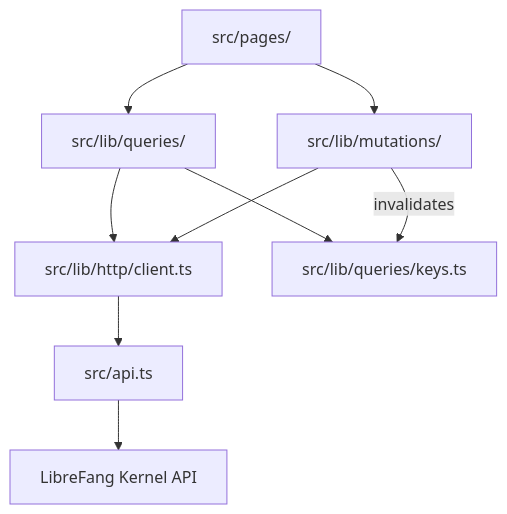
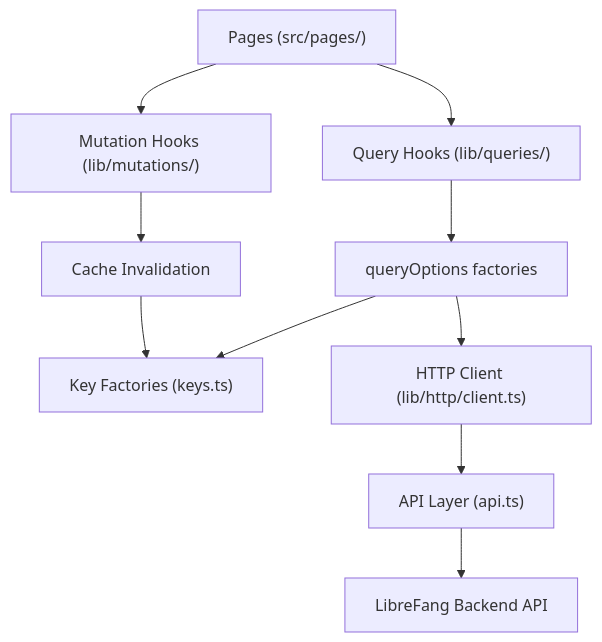
The diagram in other-librefang-api-dashboard.md (leszek3737/librefang-WIki), drawn with Mermaid before and after one commit. The commit also changed other lines of this file and 98 other files, not shown here.

````diff
--- a/other-librefang-api-dashboard.md
+++ b/other-librefang-api-dashboard.md
@@ -9,11 +13,12 @@
 ```mermaid
 graph TD
-    Pages["src/pages/"] --> QueryHooks["src/lib/queries/"]
-    Pages --> MutationHooks["src/lib/mutations/"]
-    QueryHooks --> HttpClient["src/lib/http/client.ts"]
-    MutationHooks --> HttpClient
-    HttpClient --> ApiLayer["src/api.ts"]
-    ApiLayer --> Backend["LibreFang Kernel API"]
-    QueryHooks --> KeyFactories["src/lib/queries/keys.ts"]
-    MutationHooks -->|invalidates| KeyFactories
+    Pages["Pages (src/pages/)"] --> QueryHooks["Query Hooks (lib/queries/)"]
+    Pages --> MutationHooks["Mutation Hooks (lib/mutations/)"]
+    QueryHooks --> QueryOptions["queryOptions factories"]
+    MutationHooks --> Invalidation["Cache Invalidation"]
+    QueryOptions --> KeyFactories["Key Factories (keys.ts)"]
+    QueryOptions --> HttpClient["HTTP Client (lib/http/client.ts)"]
+    HttpClient --> ApiLayer["API Layer (api.ts)"]
+    ApiLayer --> Backend["LibreFang Backend API"]
+    Invalidation --> KeyFactories
 ```
````
